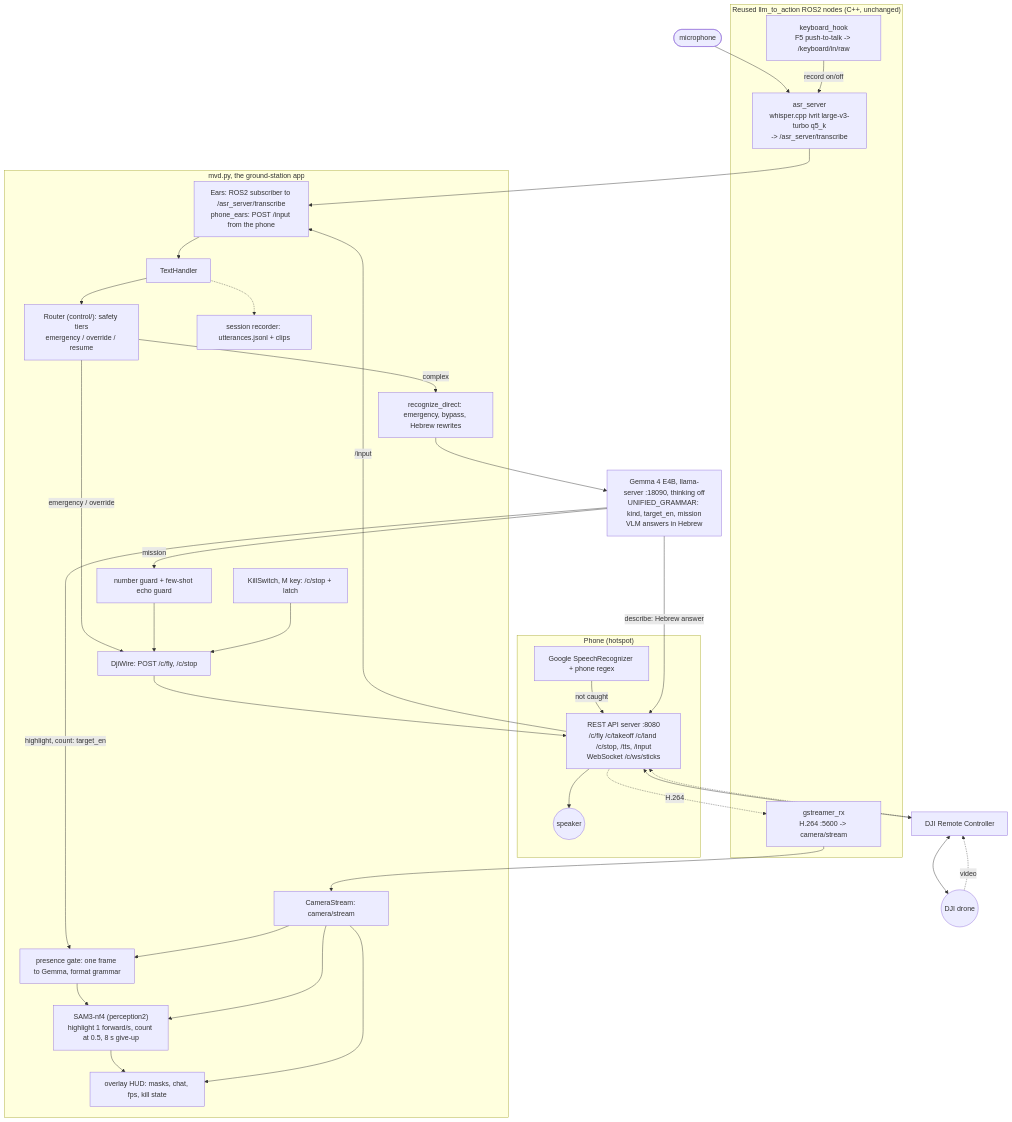
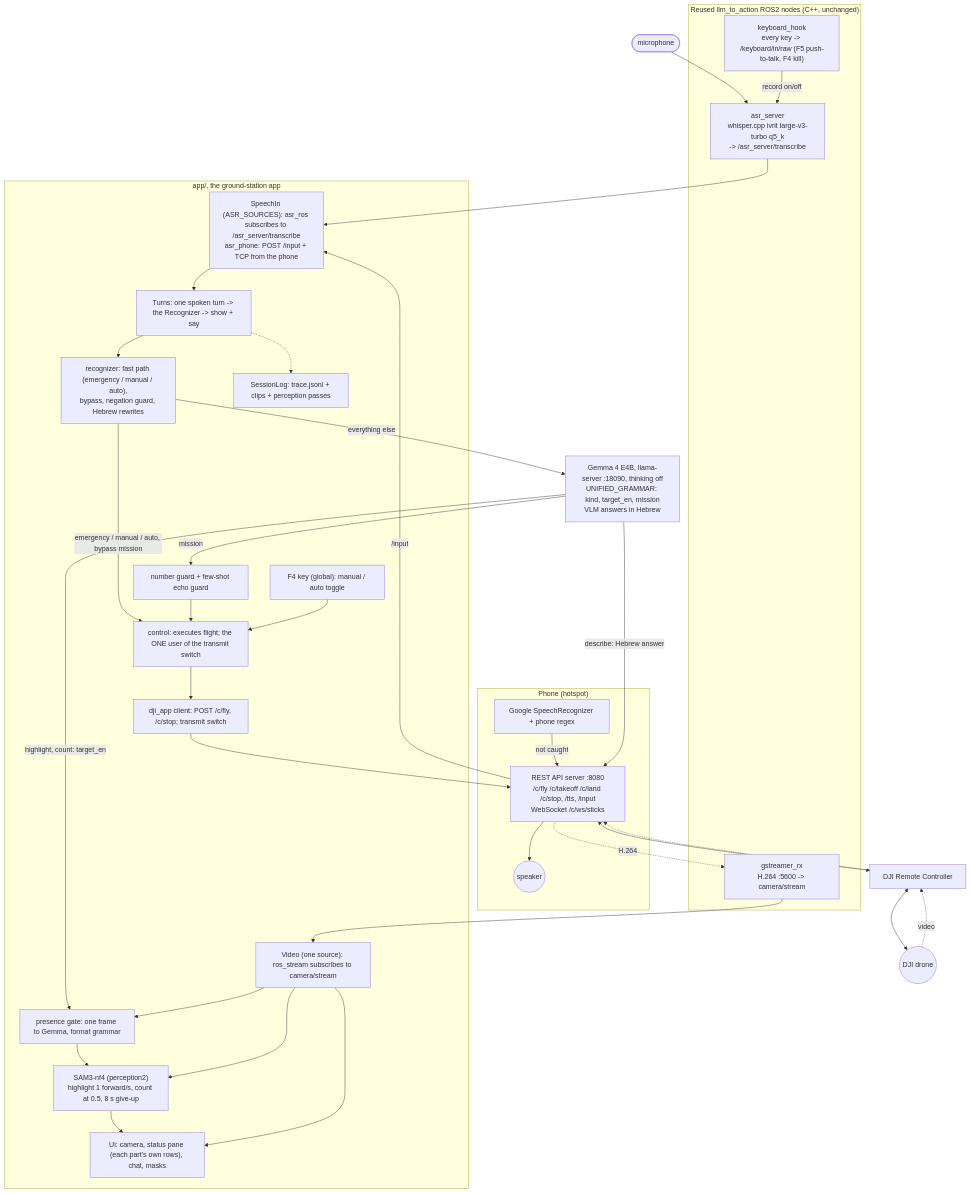
The fourth of 4 diagrams in docs/spec-harden2-architecture.md (inonitz/groundstation), drawn with Mermaid before and after one commit. The commit also changed other lines of this file and 18 other files, not shown here.

Commit message:
Record the 2026-09-24 rulings, the step 7 result and the v2.3 API headers | Bring the READMEs and the architecture diagram back in line with the code

````diff
--- a/docs/spec-harden2-architecture.md
+++ b/docs/spec-harden2-architecture.md
@@ -101,46 +101,46 @@
 ```mermaid
 flowchart TB
     subgraph L2A["Reused llm_to_action ROS2 nodes (C++, unchanged)"]
-        KEYS["keyboard_hook<br/>F5 push-to-talk -> /keyboard/in/raw"]
+        KEYS["keyboard_hook<br/>every key -> /keyboard/in/raw (F5 push-to-talk, F4 kill)"]
         ASRN["asr_server<br/>whisper.cpp ivrit large-v3-turbo q5_k<br/>-> /asr_server/transcribe"]
         GST["gstreamer_rx<br/>H.264 :5600 -> camera/stream"]
     end
     subgraph PHONE["Phone (hotspot)"]
         PSR["Google SpeechRecognizer + phone regex"]
         API["REST API server :8080<br/>/c/fly /c/takeoff /c/land /c/stop, /tts, /input<br/>WebSocket /c/ws/sticks"]
         SPK(("speaker"))
     end
     RC["DJI Remote Controller"] <--> DRONE(("DJI drone"))
     API <--> RC
-    subgraph APP["mvd.py, the ground-station app"]
-        EARS["Ears: ROS2 subscriber to /asr_server/transcribe<br/>phone_ears: POST /input from the phone"]
-        TH["TextHandler"]
-        ROUTER["Router (control/): safety tiers<br/>emergency / override / resume"]
-        DIRECT["recognize_direct: emergency, bypass, Hebrew rewrites"]
+    subgraph APP["app/, the ground-station app"]
+        EARS["SpeechIn (ASR_SOURCES): asr_ros subscribes to /asr_server/transcribe<br/>asr_phone: POST /input + TCP from the phone"]
+        TH["Turns: one spoken turn -> the Recognizer -> show + say"]
+        DIRECT["recognizer: fast path (emergency / manual / auto),<br/>bypass, negation guard, Hebrew rewrites"]
         GUARD["number guard + few-shot echo guard"]
-        WIRE["DjiWire: POST /c/fly, /c/stop"]
-        KILL["KillSwitch, M key: /c/stop + latch"]
+        CTRL["control: executes flight; the ONE user of the transmit switch"]
+        DJI["dji_app client: POST /c/fly, /c/stop; transmit switch"]
+        KILL["F4 key (global): manual / auto toggle"]
         GATE["presence gate: one frame to Gemma, format grammar"]
         SAM["SAM3-nf4 (perception2)<br/>highlight 1 forward/s, count at 0.5, 8 s give-up"]
-        CS["CameraStream: camera/stream"]
-        HUD["overlay HUD: masks, chat, fps, kill state"]
-        REC["session recorder: utterances.jsonl + clips"]
+        CS["Video (one source): ros_stream subscribes to camera/stream"]
+        HUD["Ui: camera, status pane (each part's own rows), chat, masks"]
+        REC["SessionLog: trace.jsonl + clips + perception passes"]
     end
     GEMMA["Gemma 4 E4B, llama-server :18090, thinking off<br/>UNIFIED_GRAMMAR: kind, target_en, mission<br/>VLM answers in Hebrew"]
     MIC(["microphone"]) --> ASRN
     KEYS -->|"record on/off"| ASRN
     ASRN --> EARS
     PSR -->|"not caught"| API -->|"/input"| EARS
-    EARS --> TH --> ROUTER
-    ROUTER -->|"emergency / override"| WIRE
-    ROUTER -->|"complex"| DIRECT --> GEMMA
-    GEMMA -->|"mission"| GUARD --> WIRE --> API
-    KILL --> WIRE
+    EARS --> TH --> DIRECT
+    DIRECT -->|"emergency / manual / auto, bypass mission"| CTRL
+    DIRECT -->|"everything else"| GEMMA
+    GEMMA -->|"mission"| GUARD --> CTRL --> DJI --> API
+    KILL --> CTRL
     GEMMA -->|"highlight, count: target_en"| GATE --> SAM --> HUD
     GEMMA -->|"describe: Hebrew answer"| API --> SPK
     DRONE -.->|"video"| RC -.-> API -.->|"H.264"| GST --> CS
     CS --> HUD
     CS --> GATE
     CS --> SAM
     TH -.-> REC
 ```
````
